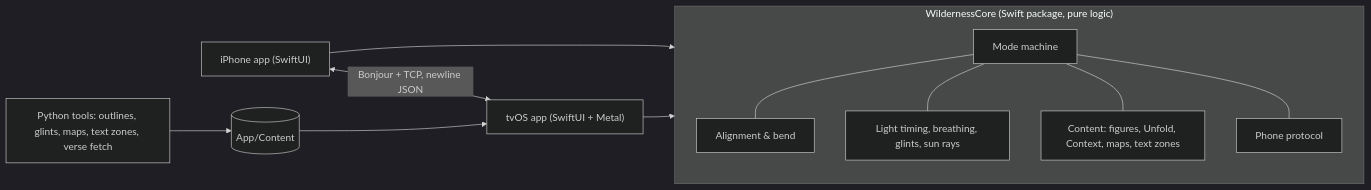
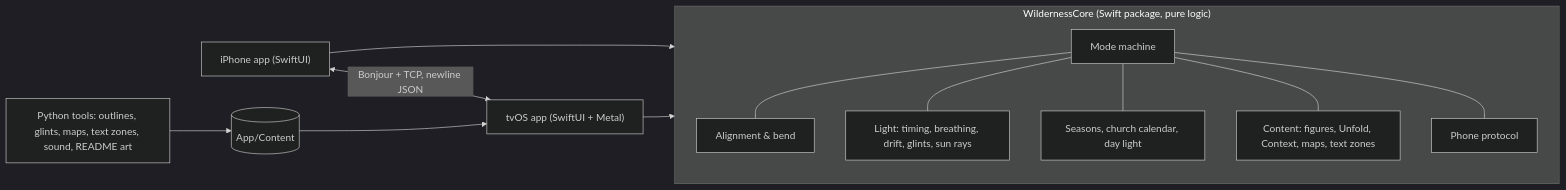
The diagram in README.md (mattlmccoy/the-wilderness), drawn with Mermaid (dark theme) before and after one commit. The commit also changed other lines of this file and 12 other files, not shown here.

````diff
--- a/README.md
+++ b/README.md
@@ -140,14 +199,15 @@
 ```mermaid
 flowchart LR
   subgraph Core["WildernessCore (Swift package, pure logic)"]
     M[Mode machine] --- A[Alignment & bend]
-    M --- L[Light timing, breathing, glints, sun rays]
+    M --- L[Light: timing, breathing, drift, glints, sun rays]
+    M --- S[Seasons, church calendar, day light]
     M --- C[Content: figures, Unfold, Context, maps, text zones]
     M --- P[Phone protocol]
   end
   TV["tvOS app (SwiftUI + Metal)"] --> Core
   Phone["iPhone app (SwiftUI)"] --> Core
   Phone <-- "Bonjour + TCP, newline JSON" --> TV
-  Scripts["Python tools: outlines, glints, maps, text zones, verse fetch"] --> Content[(App/Content)]
+  Scripts["Python tools: outlines, glints, maps, text zones, sound, README art"] --> Content[(App/Content)]
   Content --> TV
 ```
````
